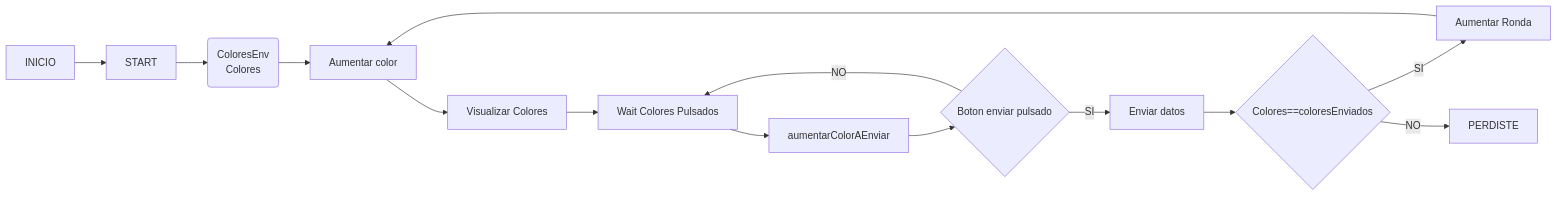
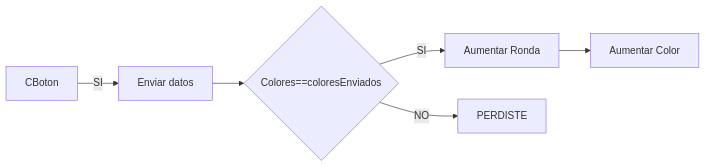
The third of 4 diagrams in Readme.md (NicolasRodriguezSteuerberg/SimonDice), drawn with Mermaid before and after one commit. The commit also changed other lines of this file, not shown here.

Commit message:
intento arreglo creando varios haciendolo mas pequeño

````diff
--- a/Readme.md
+++ b/Readme.md
@@ -12,17 +29,8 @@
 ```mermaid
 flowchart LR
 
-I[INICIO] --> S[START]
-S --> V(ColoresEnv 
-Colores)
-V --> Aumentar[Aumentar color]
-Aumentar --> Vis[Visualizar Colores]
-Vis --> W[Wait Colores Pulsados]
-W --> Aumentar2[aumentarColorAEnviar]
-Aumentar2 --> CBoton{Boton enviar pulsado}
-CBoton --> |NO|W
 CBoton --> |SI|E[Enviar datos]
 E --> C{Colores==coloresEnviados}
-C --> |SI|+R[Aumentar Ronda] --> Aumentar
+C --> |SI|+R[Aumentar Ronda] --> Aumentar[Aumentar Color]
 C --> |NO| P[PERDISTE]
 ```
````
